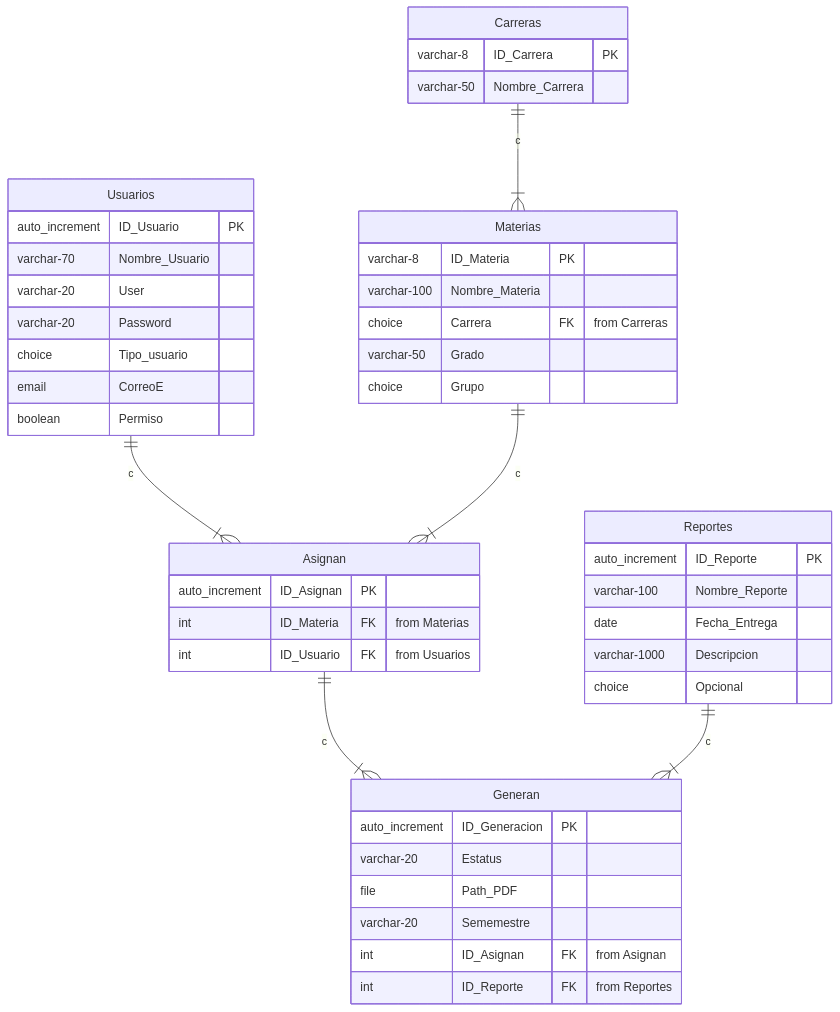
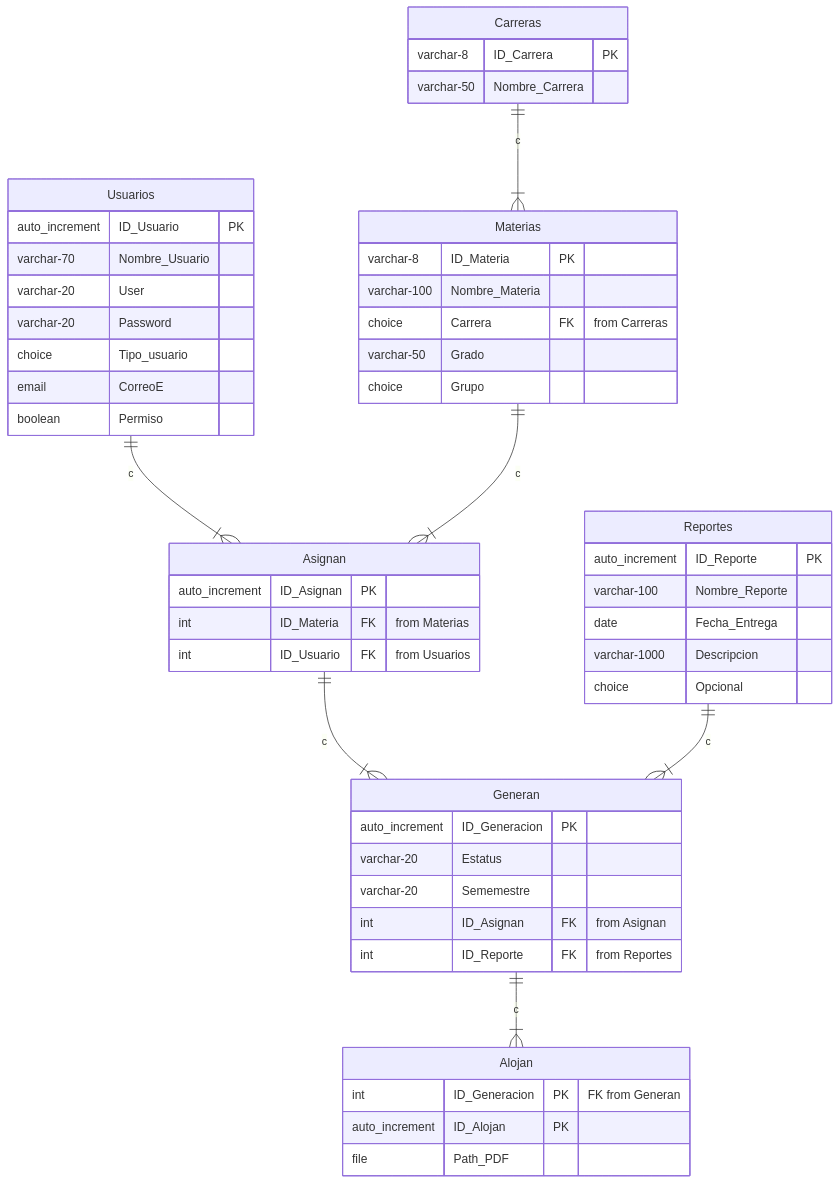
The diagram in DatabaseDoc/Diagramas/erDiagram.mmd (VRVG1/SGC), drawn with Mermaid before and after one commit. The commit also changed other lines of this file, not shown here.

Commit message:
Añadida entidad necesaria para los archivos

```diff
--- a/DatabaseDoc/Diagramas/erDiagram.mmd
+++ b/DatabaseDoc/Diagramas/erDiagram.mmd
@@ -1,56 +1,62 @@
 erDiagram
 
 Usuarios {
     auto_increment ID_Usuario PK
     varchar-70 Nombre_Usuario
     varchar-20 User
     varchar-20 Password
     choice Tipo_usuario
     email CorreoE
     boolean Permiso
 }
 
 Reportes {
     auto_increment ID_Reporte PK
     varchar-100 Nombre_Reporte
     date Fecha_Entrega
     varchar-1000 Descripcion
     choice Opcional
 } 
 
 Materias {
     varchar-8 ID_Materia PK
     varchar-100 Nombre_Materia    
     choice Carrera FK "from Carreras"
     varchar-50 Grado
     choice Grupo
 }
 
 
 Generan {
     auto_increment ID_Generacion PK
     varchar-20 Estatus
-    file Path_PDF
     varchar-20 Sememestre
     int ID_Asignan FK "from Asignan"
     int ID_Reporte FK "from Reportes"
 }
 
 Carreras {
     varchar-8 ID_Carrera PK
     varchar-50 Nombre_Carrera
 }
 
 Asignan {
     auto_increment ID_Asignan PK
     int ID_Materia FK "from Materias"
     int ID_Usuario FK "from Usuarios"
 }
 
 
 
+Alojan {
+    int ID_Generacion PK " FK from Generan"
+    auto_increment ID_Alojan PK
+    file Path_PDF
+}
+
 Usuarios ||--|{ Asignan: c 
 Materias ||--|{ Asignan: c 
 Asignan ||-- |{ Generan: c
 Reportes ||--|{ Generan: c
 Carreras||--|{ Materias: c
+Generan||--|{Alojan: c
```
